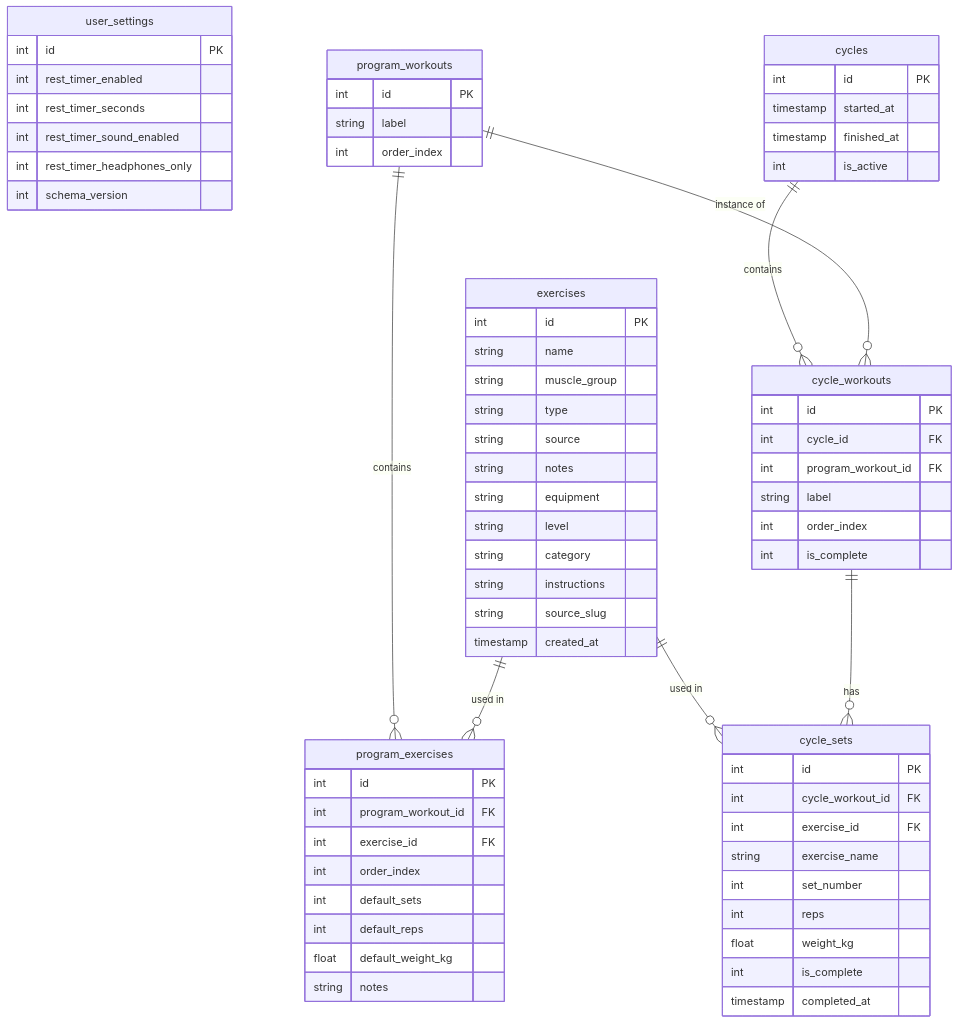
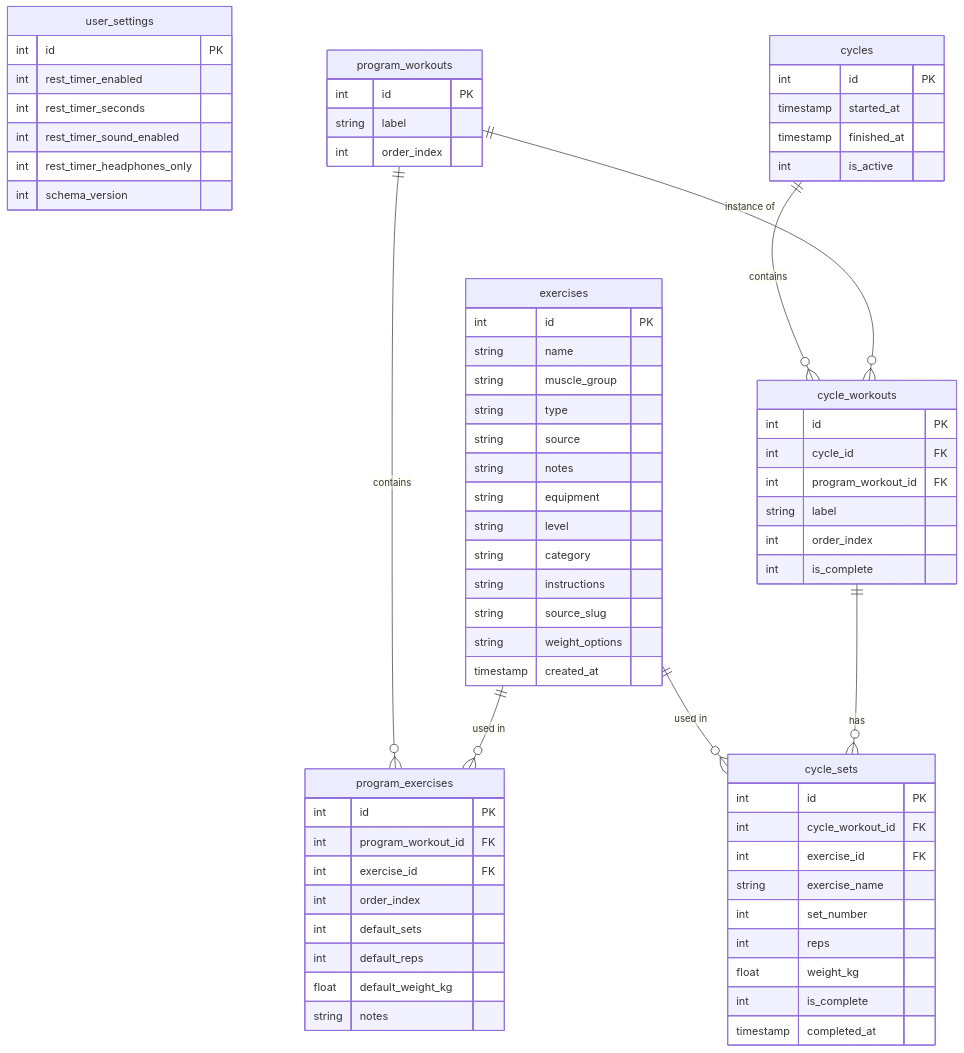
One commit to Kevintrf/MyTrainingHabits changed the diagram in database/schema.md. Above: the diagram before and after it, drawn with Mermaid. The commit also changed other lines of this file and 11 other files, not shown here.

````diff
--- a/database/schema.md
+++ b/database/schema.md
@@ -5,78 +5,79 @@
 ```mermaid
 erDiagram
     user_settings {
         int id PK
         int rest_timer_enabled
         int rest_timer_seconds
         int rest_timer_sound_enabled
         int rest_timer_headphones_only
         int schema_version
     }
 
     exercises {
         int id PK
         string name
         string muscle_group
         string type
         string source
         string notes
         string equipment
         string level
         string category
         string instructions
         string source_slug
+        string weight_options
         timestamp created_at
     }
 
     program_workouts {
         int id PK
         string label
         int order_index
     }
 
     program_exercises {
         int id PK
         int program_workout_id FK
         int exercise_id FK
         int order_index
         int default_sets
         int default_reps
         float default_weight_kg
         string notes
     }
 
     cycles {
         int id PK
         timestamp started_at
         timestamp finished_at
         int is_active
     }
 
     cycle_workouts {
         int id PK
         int cycle_id FK
         int program_workout_id FK
         string label
         int order_index
         int is_complete
     }
 
     cycle_sets {
         int id PK
         int cycle_workout_id FK
         int exercise_id FK
         string exercise_name
         int set_number
         int reps
         float weight_kg
         int is_complete
         timestamp completed_at
     }
 
     program_workouts ||--o{ program_exercises : "contains"
     exercises ||--o{ program_exercises : "used in"
     exercises ||--o{ cycle_sets : "used in"
     cycles ||--o{ cycle_workouts : "contains"
     program_workouts ||--o{ cycle_workouts : "instance of"
     cycle_workouts ||--o{ cycle_sets : "has"
 ```
````
